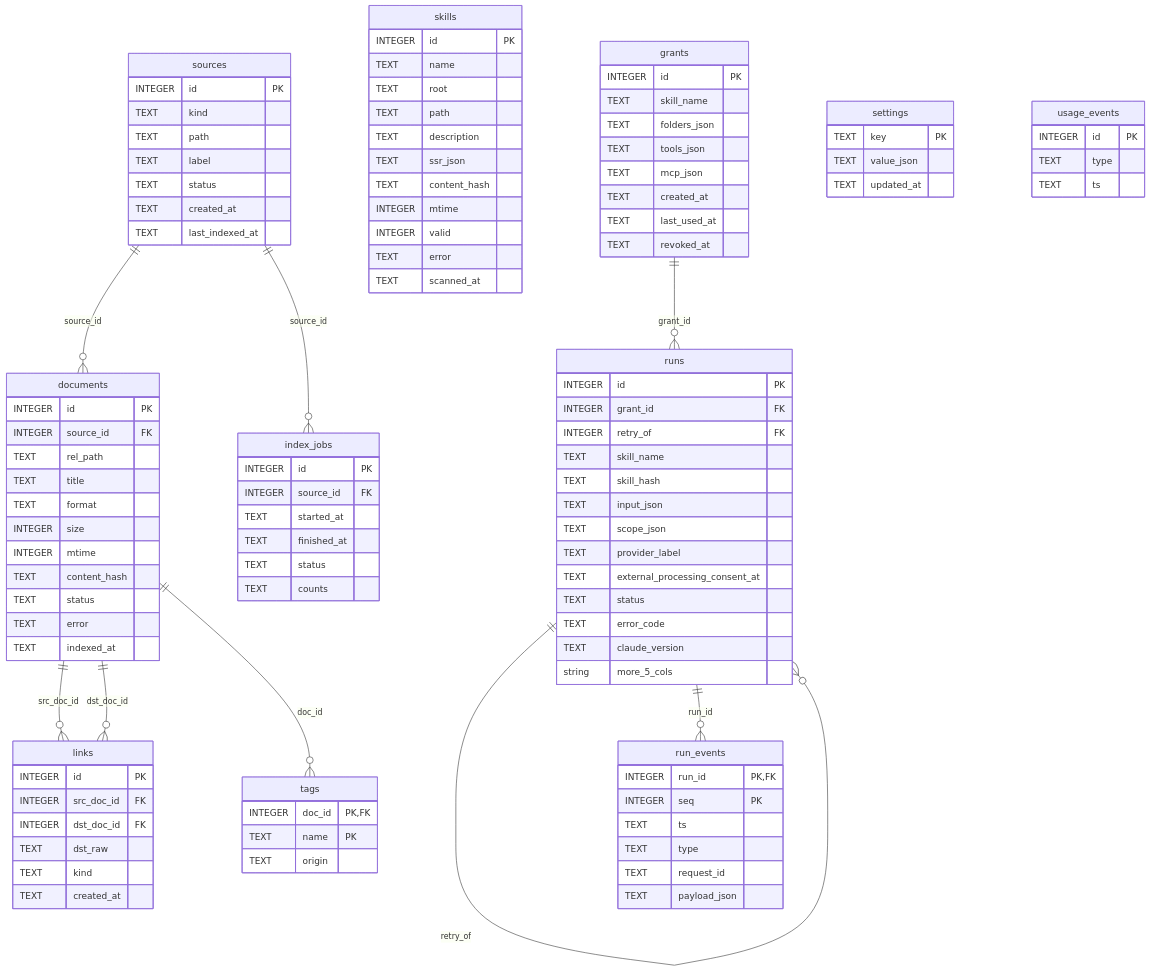
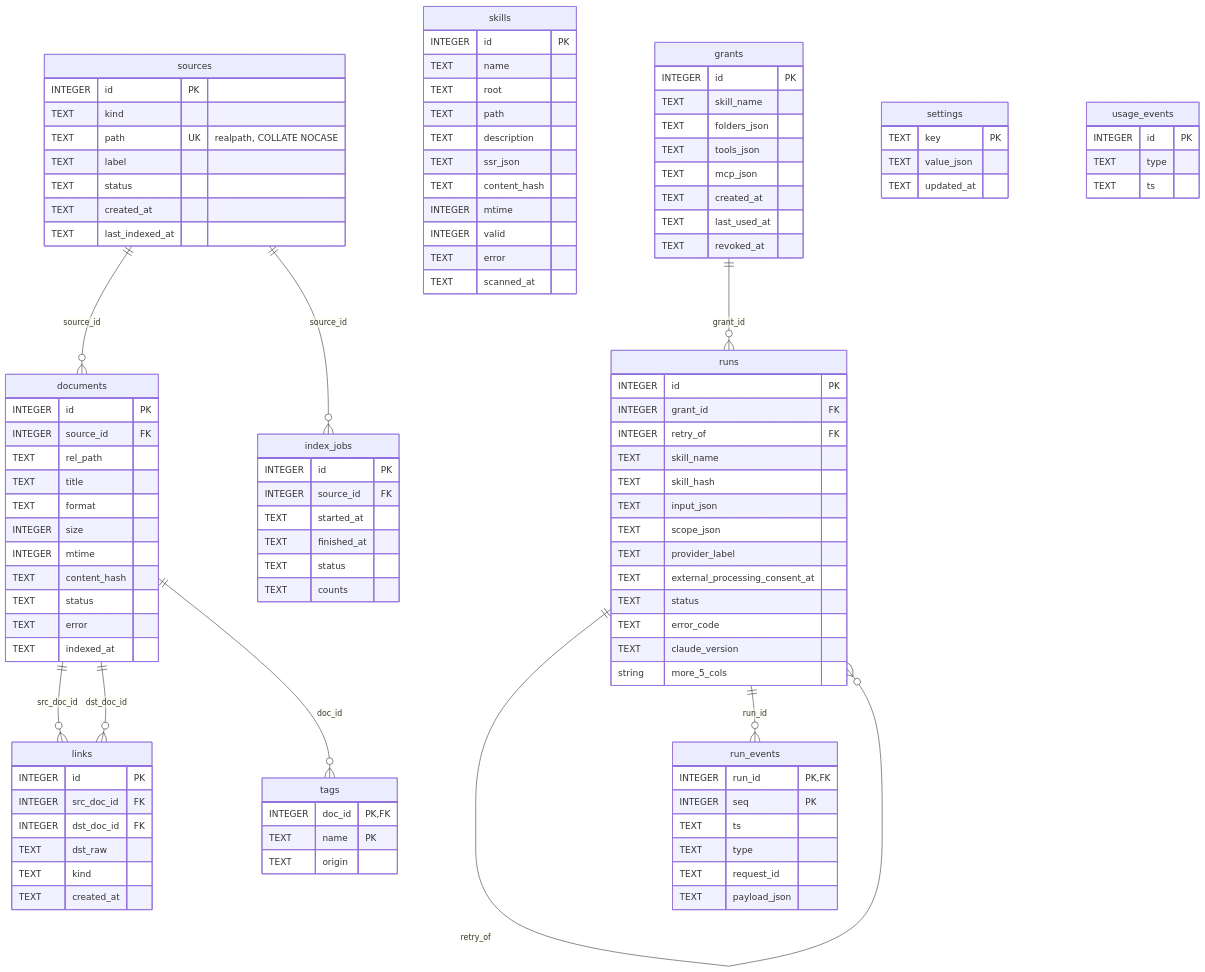
One commit to DevOps0906/Nomad-Agents-Lab changed the diagram in docs/diagrams/erd.mmd. Above: the diagram before and after it, drawn with Mermaid. The commit also changed 39 other files, not shown here.

```diff
--- a/docs/diagrams/erd.mmd
+++ b/docs/diagrams/erd.mmd
@@ -1,108 +1,108 @@
 erDiagram
   sources {
     INTEGER id PK
     TEXT kind
-    TEXT path
+    TEXT path UK "realpath, COLLATE NOCASE"
     TEXT label
     TEXT status
     TEXT created_at
     TEXT last_indexed_at
   }
   documents {
     INTEGER id PK
     INTEGER source_id FK
     TEXT rel_path
     TEXT title
     TEXT format
     INTEGER size
     INTEGER mtime
     TEXT content_hash
     TEXT status
     TEXT error
     TEXT indexed_at
   }
   links {
     INTEGER id PK
     INTEGER src_doc_id FK
     INTEGER dst_doc_id FK
     TEXT dst_raw
     TEXT kind
     TEXT created_at
   }
   tags {
     INTEGER doc_id PK,FK
     TEXT name PK
     TEXT origin
   }
   skills {
     INTEGER id PK
     TEXT name
     TEXT root
     TEXT path
     TEXT description
     TEXT ssr_json
     TEXT content_hash
     INTEGER mtime
     INTEGER valid
     TEXT error
     TEXT scanned_at
   }
   grants {
     INTEGER id PK
     TEXT skill_name
     TEXT folders_json
     TEXT tools_json
     TEXT mcp_json
     TEXT created_at
     TEXT last_used_at
     TEXT revoked_at
   }
   runs {
     INTEGER id PK
     INTEGER grant_id FK
     INTEGER retry_of FK
     TEXT skill_name
     TEXT skill_hash
     TEXT input_json
     TEXT scope_json
     TEXT provider_label
     TEXT external_processing_consent_at
     TEXT status
     TEXT error_code
     TEXT claude_version
     string more_5_cols
   }
   run_events {
     INTEGER run_id PK,FK
     INTEGER seq PK
     TEXT ts
     TEXT type
     TEXT request_id
     TEXT payload_json
   }
   settings {
     TEXT key PK
     TEXT value_json
     TEXT updated_at
   }
   index_jobs {
     INTEGER id PK
     INTEGER source_id FK
     TEXT started_at
     TEXT finished_at
     TEXT status
     TEXT counts
   }
   usage_events {
     INTEGER id PK
     TEXT type
     TEXT ts
   }
   sources ||--o{ documents : "source_id"
   documents ||--o{ links : "src_doc_id"
   documents ||--o{ links : "dst_doc_id"
   documents ||--o{ tags : "doc_id"
   grants ||--o{ runs : "grant_id"
   runs ||--o{ runs : "retry_of"
   runs ||--o{ run_events : "run_id"
   sources ||--o{ index_jobs : "source_id"
```
